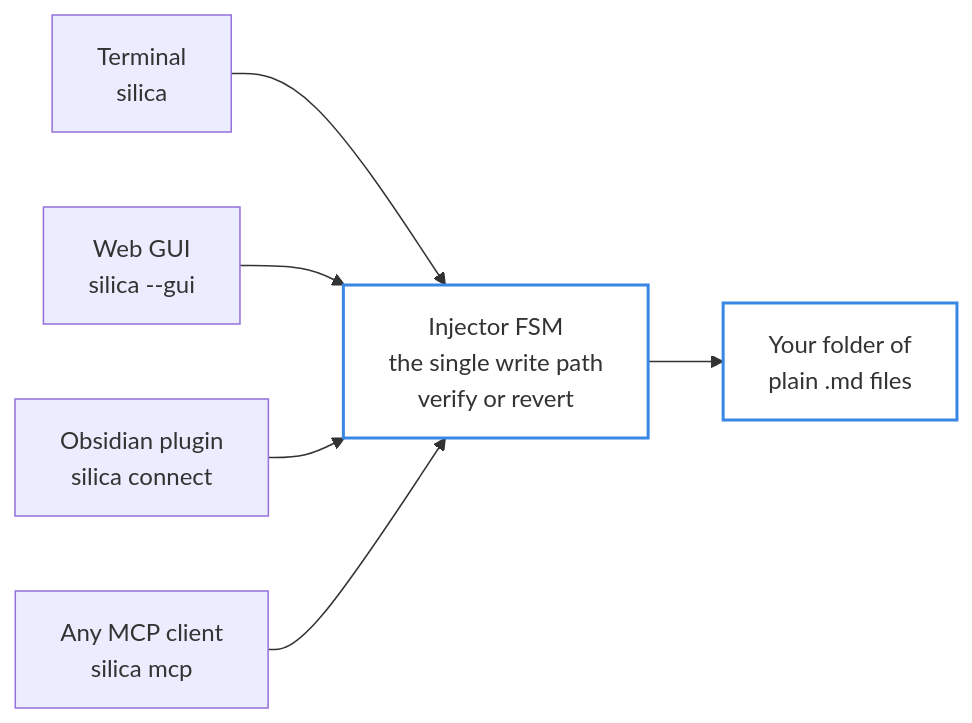
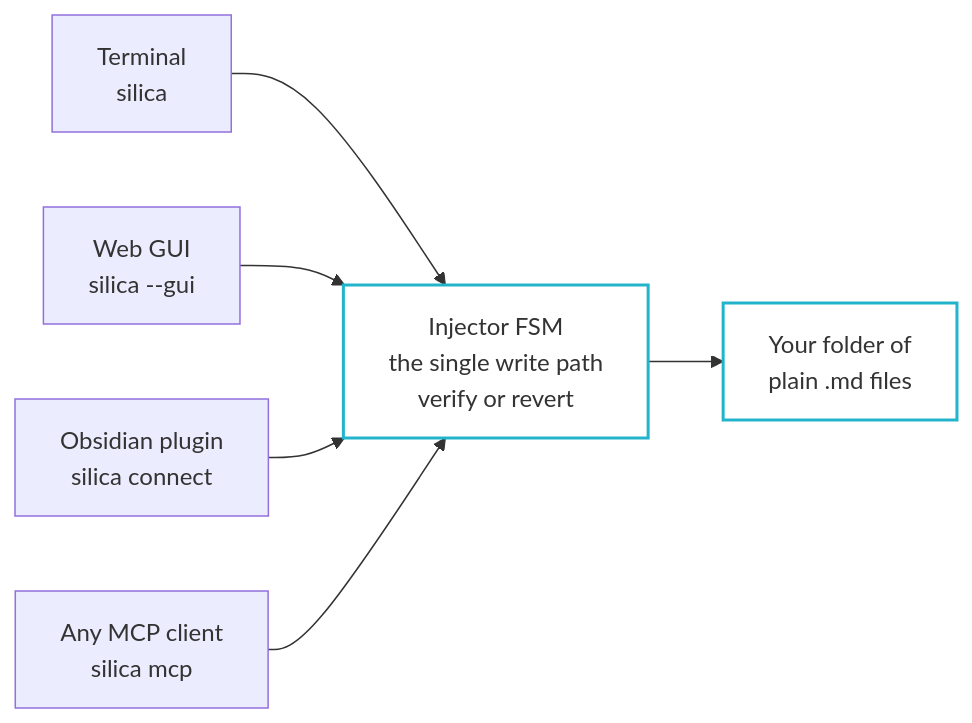
Before and after one commit to kiycoh/silica-harness: the first of 2 diagrams in README.md, drawn with Mermaid. The commit also changed other lines of this file and 7 other files, not shown here.

````diff
--- a/README.md
+++ b/README.md
@@ -183,11 +241,11 @@
 ```mermaid
 flowchart LR
     T["Terminal<br/>silica"] --> FSM
     G["Web GUI<br/>silica --gui"] --> FSM
     O["Obsidian plugin<br/>silica connect"] --> FSM
     M["Any MCP client<br/>silica mcp"] --> FSM
     FSM["Injector FSM<br/>the single write path<br/>verify or revert"] --> V["Your folder of<br/>plain .md files"]
 
-    style FSM fill:none,stroke:#3987e5,stroke-width:2px
-    style V fill:none,stroke:#3987e5,stroke-width:2px
+    style FSM fill:none,stroke:#22B4CC,stroke-width:2px
+    style V fill:none,stroke:#22B4CC,stroke-width:2px
 ```
````
